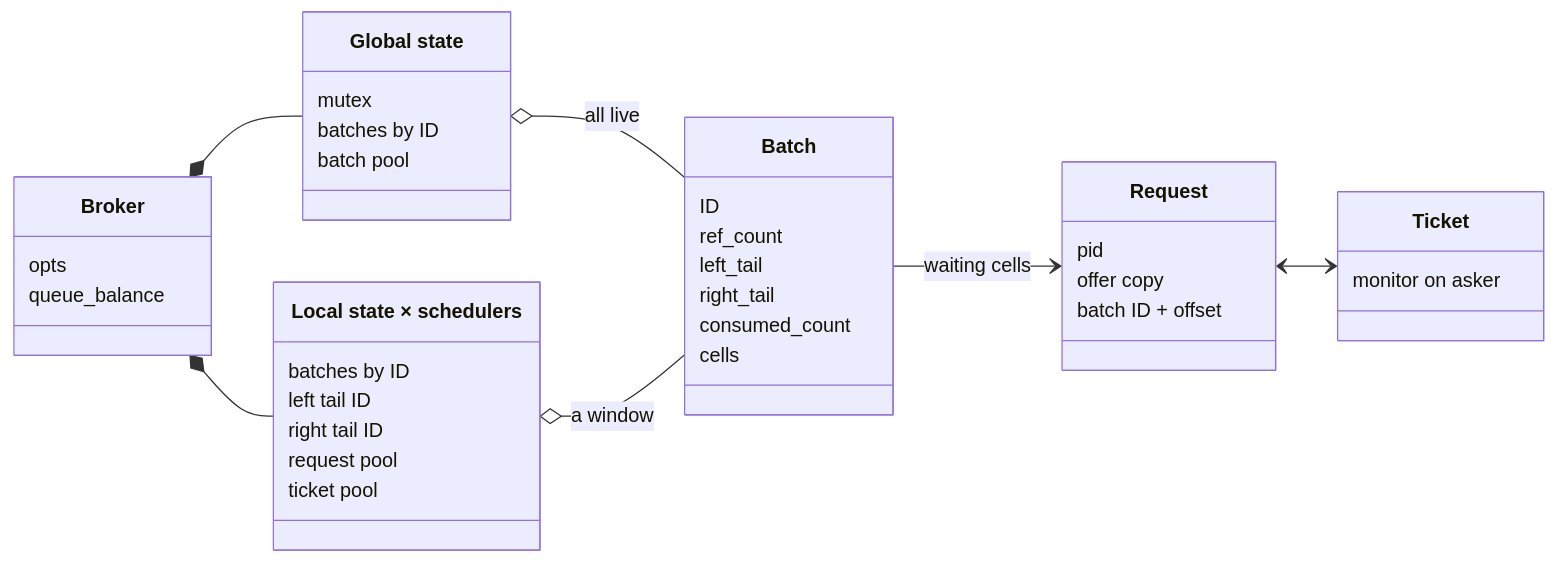
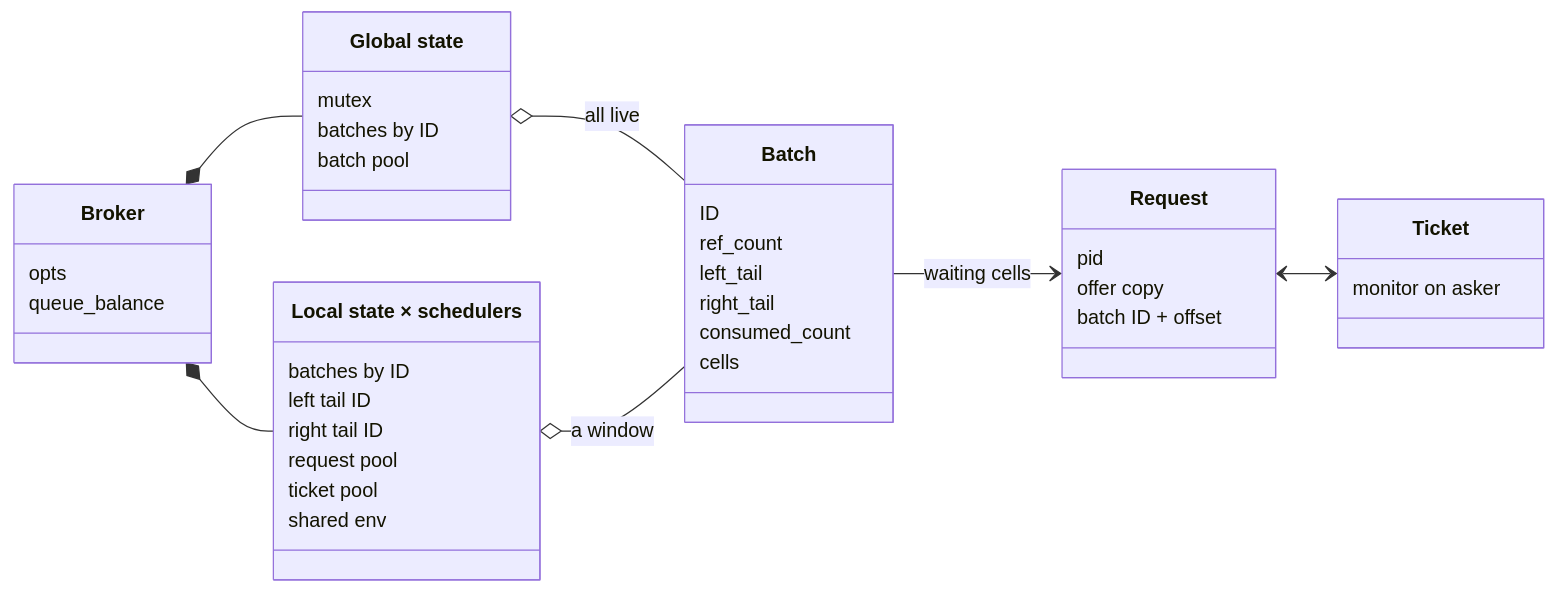
Before and after one commit to g-andrade/cbroker: the first of 3 diagrams in INTERNALS.md, drawn with Mermaid. The commit also changed other lines of this file and 2 other files, not shown here.

````diff
--- a/INTERNALS.md
+++ b/INTERNALS.md
@@ -40,47 +42,48 @@
 ```mermaid
 ---
 config:
   class:
     hideEmptyMembersBox: true
 ---
 classDiagram
     direction LR
     class Broker {
         opts
         queue_balance
     }
     class GlobalState["Global state"] {
         mutex
         batches by ID
         batch pool
     }
     class LocalState["Local state × schedulers"] {
         batches by ID
         left tail ID
         right tail ID
         request pool
         ticket pool
+        shared env
     }
     class Batch {
         ID
         ref_count
         left_tail
         right_tail
         consumed_count
         cells
     }
     class Request {
         pid
         offer copy
         batch ID + offset
     }
     class Ticket {
         monitor on asker
     }
     Broker *-- GlobalState
     Broker *-- LocalState
     GlobalState o-- Batch : all live
     LocalState o-- Batch : a window
     Batch --> Request : waiting cells
     Request <--> Ticket
 ```
````
